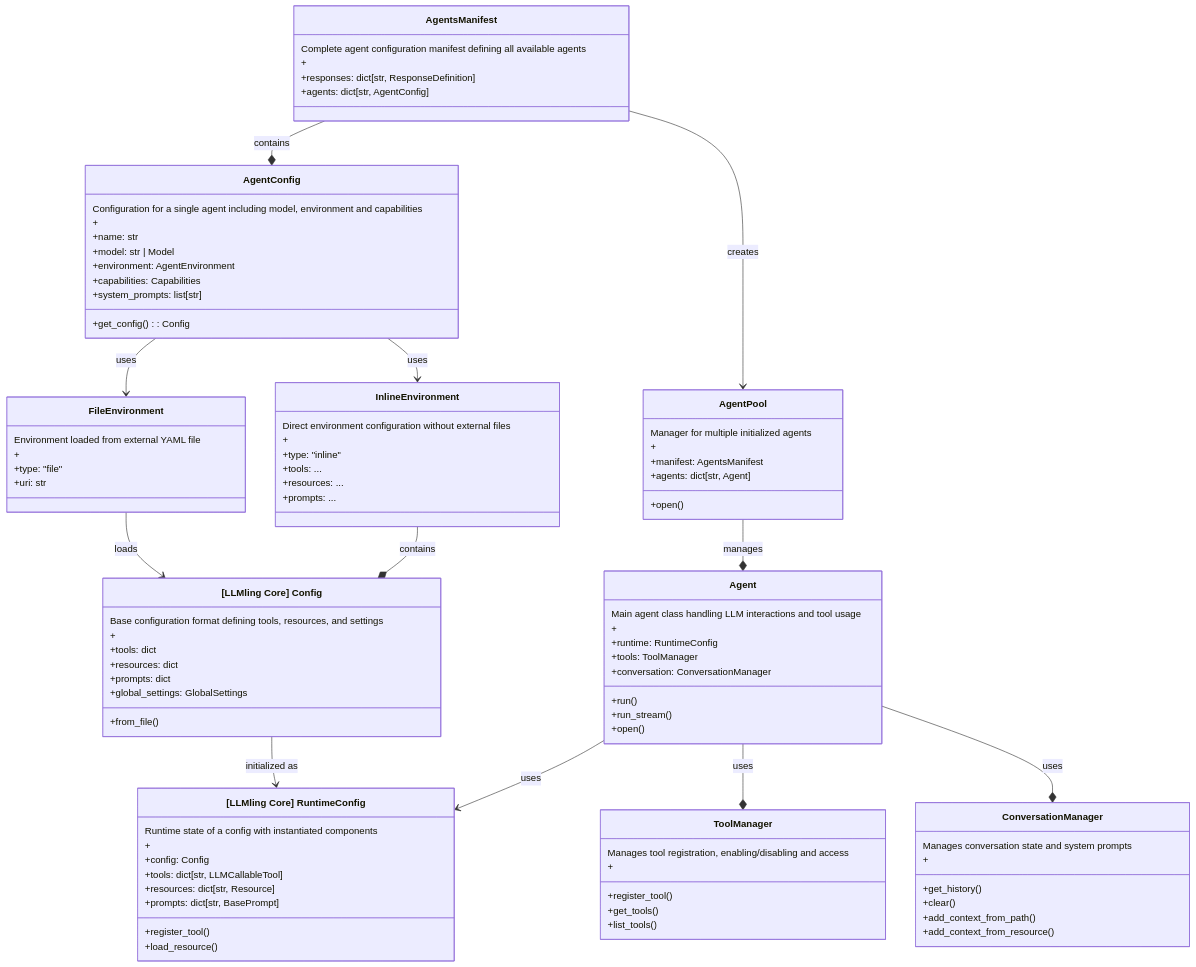
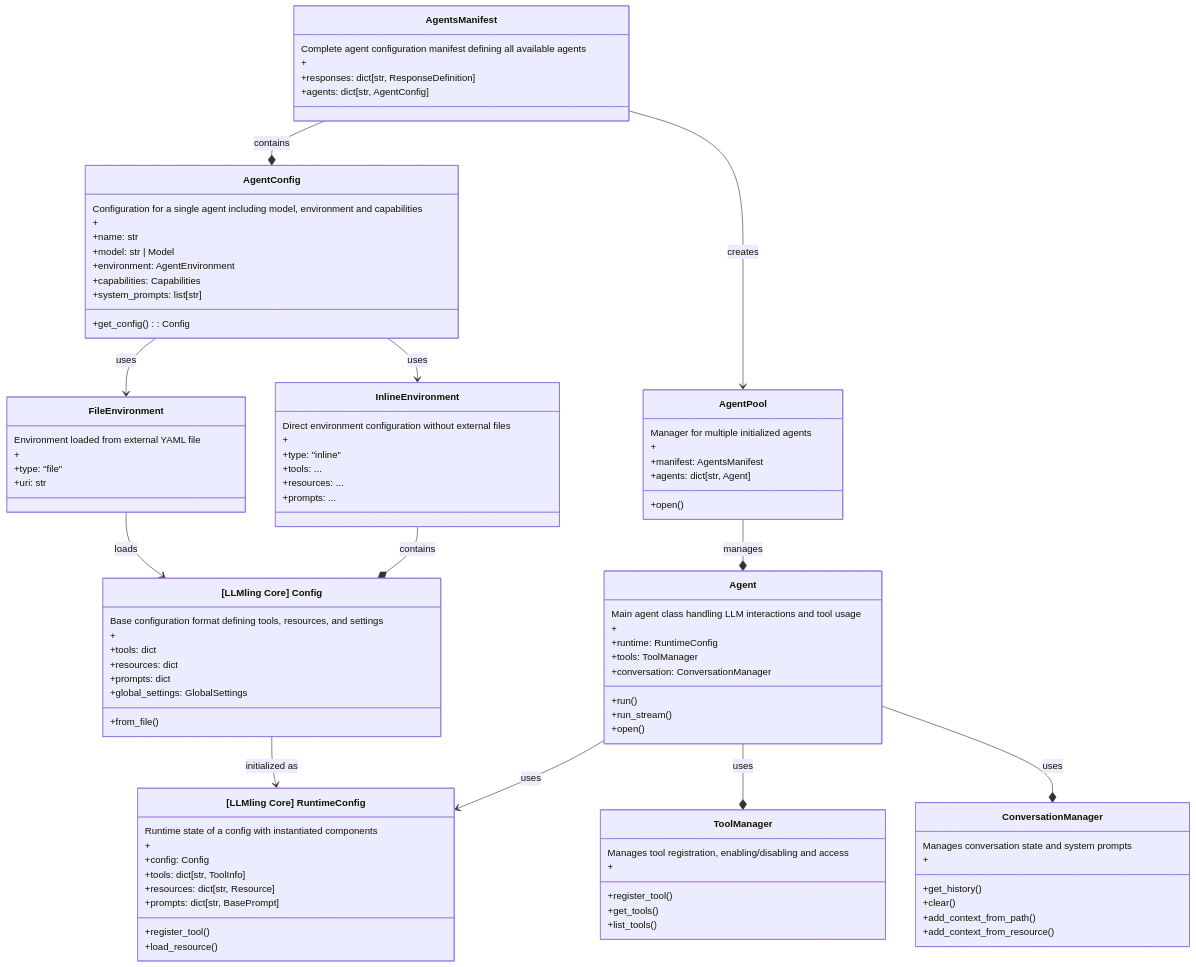
Before and after one commit to uk0/llmling-agent: the diagram in README.md, drawn with Mermaid. The commit also changed 4 other files, not shown here.

```diff
--- a/README.md
+++ b/README.md
@@ -805,7 +805,7 @@
         Runtime state of a config with instantiated components
         +
         +config: Config
-        +tools: dict[str, LLMCallableTool]
+        +tools: dict[str, ToolInfo]
         +resources: dict[str, Resource]
         +prompts: dict[str, BasePrompt]
         +register_tool()
```
